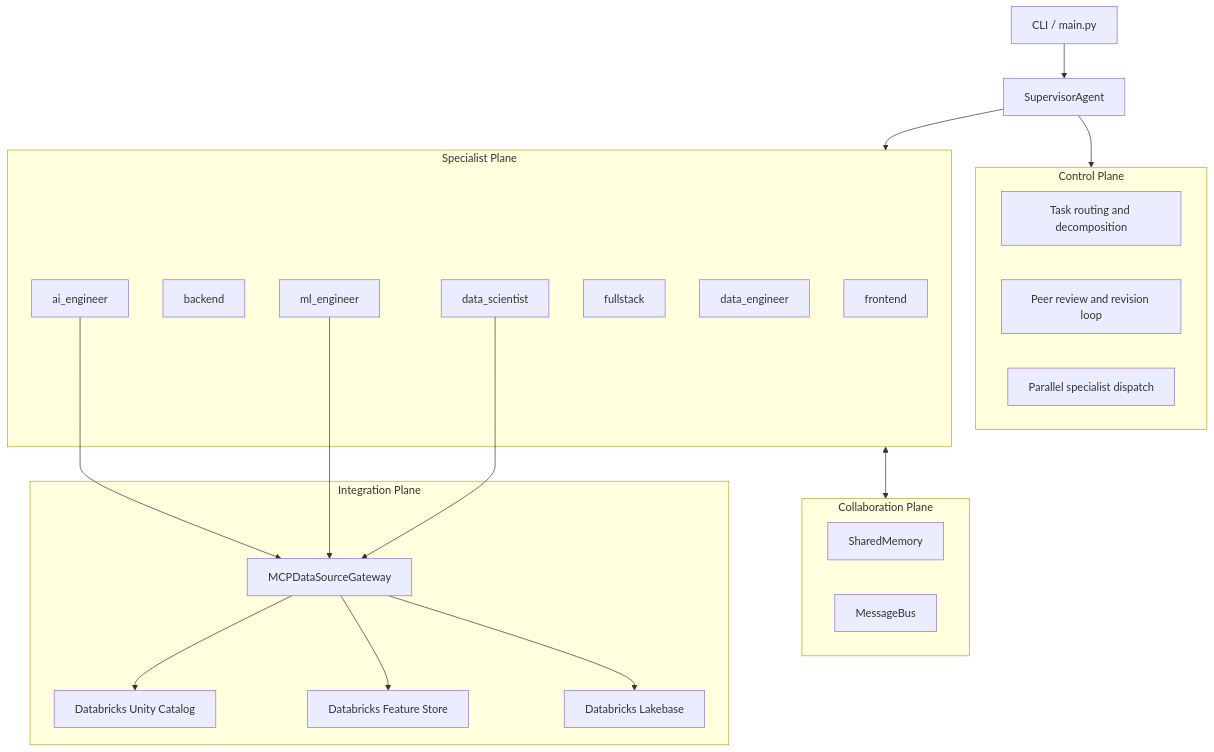
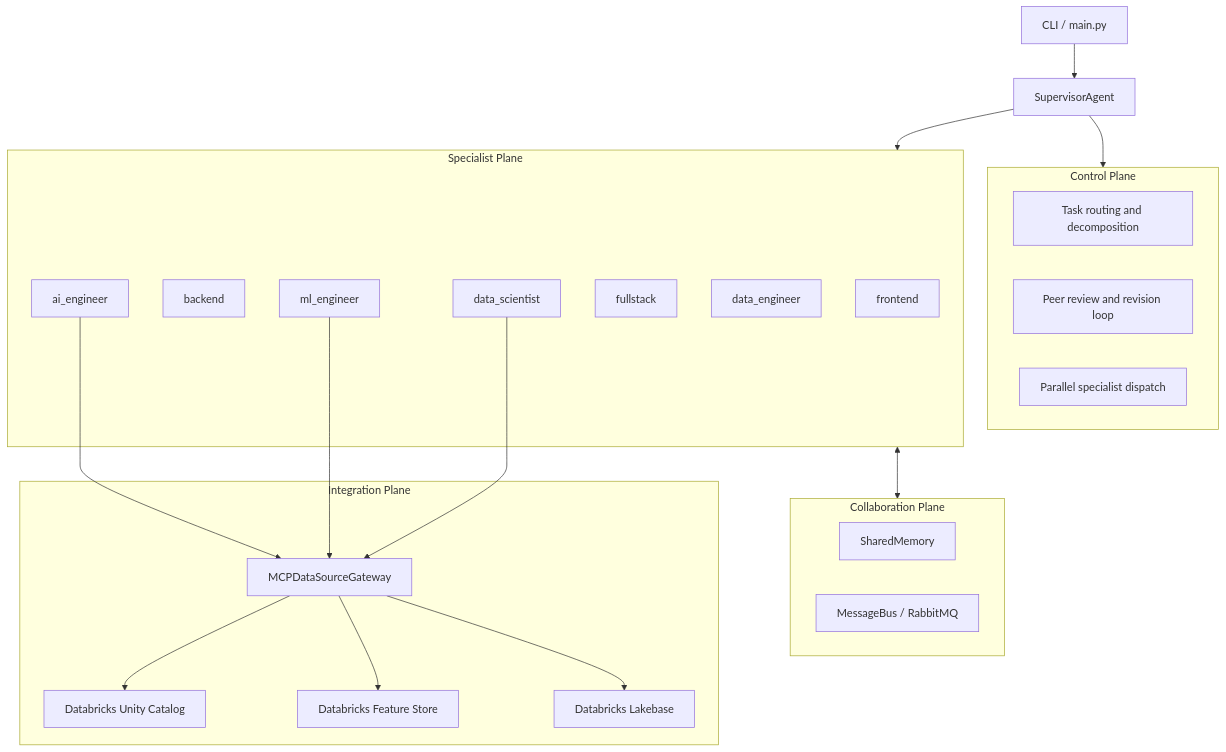
One commit to wchen-dea/Agentic-AI-Platform-on-Databricks changed the first of 2 diagrams in docs/architecture.md. Above: the diagram before and after it, drawn with Mermaid. The commit also changed other lines of this file and 25 other files, not shown here.

````diff
--- a/docs/architecture.md
+++ b/docs/architecture.md
@@ -12,44 +12,44 @@
 ```mermaid
 flowchart TB
   cli[CLI / main.py]
   sup[SupervisorAgent]
 
   subgraph control[Control Plane]
     routing[Task routing and decomposition]
     review[Peer review and revision loop]
     parallel[Parallel specialist dispatch]
   end
 
   subgraph specialists[Specialist Plane]
     fe[frontend]
     be[backend]
     ai[ai_engineer]
     ml[ml_engineer]
     fs[fullstack]
     de[data_engineer]
     ds[data_scientist]
   end
 
   subgraph collaboration[Collaboration Plane]
     mem[SharedMemory]
-    bus[MessageBus]
+    bus[MessageBus / RabbitMQ]
   end
 
   subgraph integration[Integration Plane]
     mcp[MCPDataSourceGateway]
     dsu[Databricks Unity Catalog]
     dsf[Databricks Feature Store]
     dsl[Databricks Lakebase]
   end
 
   cli --> sup
   sup --> control
   sup --> specialists
   specialists <--> collaboration
   ai --> mcp
   ml --> mcp
   ds --> mcp
   mcp --> dsu
   mcp --> dsf
   mcp --> dsl
 ```
````
